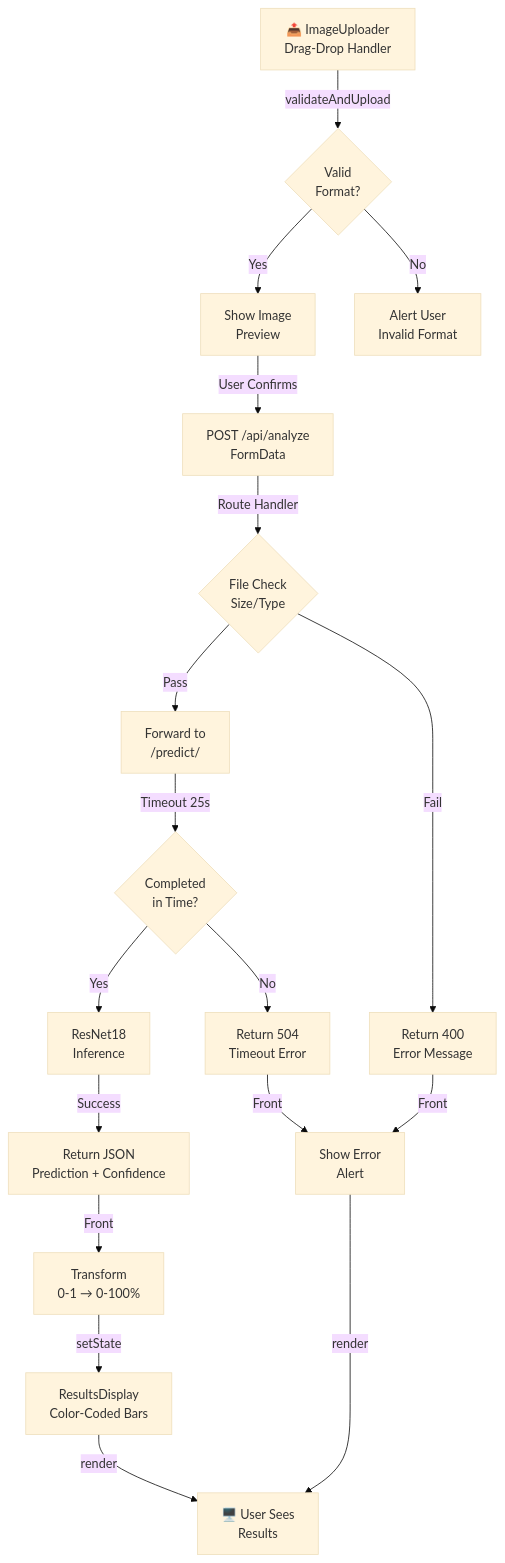
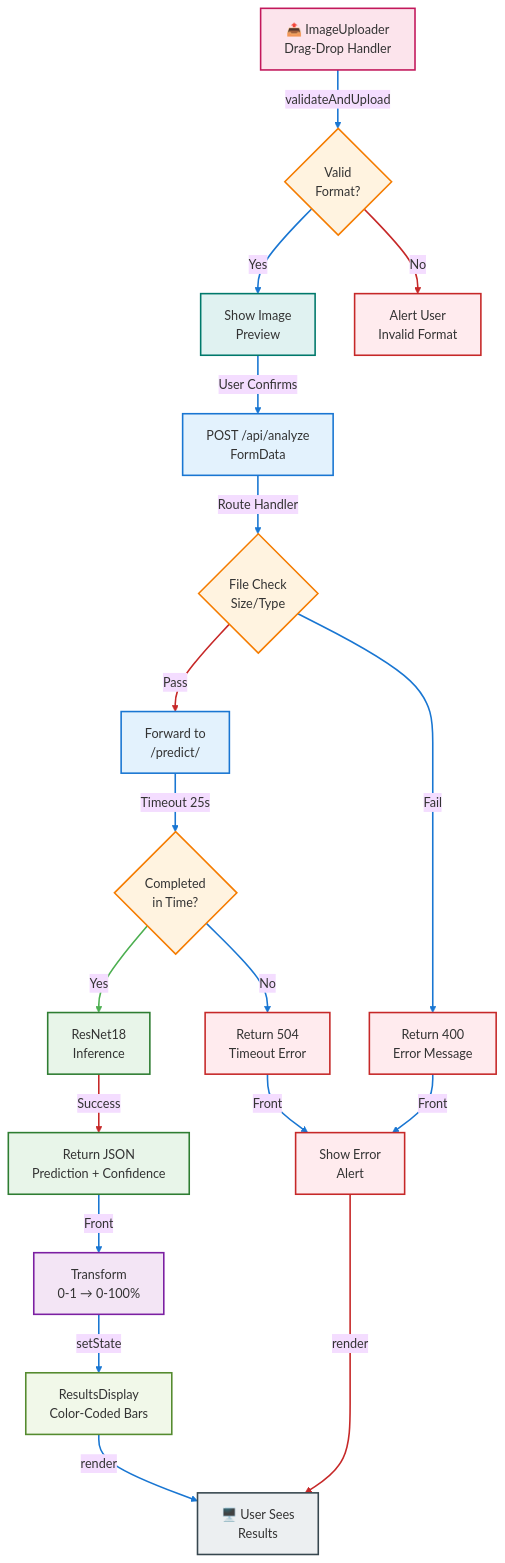
Before and after one commit to itssmdsh/MediScan: the fourth of 9 diagrams in DOCUMENTATION.md, drawn with Mermaid (base theme). The commit also changed other lines of this file, not shown here.

````diff
--- a/DOCUMENTATION.md
+++ b/DOCUMENTATION.md
@@ -265,28 +288,49 @@
 ```mermaid
 graph TD
     ImageUploader["📤 ImageUploader<br/>Drag-Drop Handler"]
     
     ImageUploader -->|validateAndUpload| LocalCheck{"Valid<br/>Format?"}
     LocalCheck -->|Yes| DisplayPreview["Show Image<br/>Preview"]
     LocalCheck -->|No| ShowAlert["Alert User<br/>Invalid Format"]
     
     DisplayPreview -->|User Confirms| APICall["POST /api/analyze<br/>FormData"]
     
     APICall -->|Route Handler| FileValidation{"File Check<br/>Size/Type"}
     FileValidation -->|Pass| ForwardAPI["Forward to<br/>/predict/"]
     FileValidation -->|Fail| Return400["Return 400<br/>Error Message"]
     
     ForwardAPI -->|Timeout 25s| TimeoutCheck{"Completed<br/>in Time?"}
     TimeoutCheck -->|Yes| Inference["ResNet18<br/>Inference"]
     TimeoutCheck -->|No| Return504["Return 504<br/>Timeout Error"]
     
     Inference -->|Success| ReturnJSON["Return JSON<br/>Prediction + Confidence"]
     
     ReturnJSON -->|Front| Transform["Transform<br/>0-1 → 0-100%"]
     Return400 -->|Front| ShowError["Show Error<br/>Alert"]
     Return504 -->|Front| ShowError
     
     Transform -->|setState| Display["ResultsDisplay<br/>Color-Coded Bars"]
     Display -->|render| Browser["🖥️ User Sees<br/>Results"]
     ShowError -->|render| Browser
+    
+    style ImageUploader fill:#fce4ec,stroke:#c2185b,stroke-width:2px
+    style LocalCheck fill:#fff3e0,stroke:#f57c00,stroke-width:2px
+    style FileValidation fill:#fff3e0,stroke:#f57c00,stroke-width:2px
+    style TimeoutCheck fill:#fff3e0,stroke:#f57c00,stroke-width:2px
+    style DisplayPreview fill:#e0f2f1,stroke:#00796b,stroke-width:2px
+    style ShowAlert fill:#ffebee,stroke:#c62828,stroke-width:2px
+    style APICall fill:#e3f2fd,stroke:#1976d2,stroke-width:2px
+    style ForwardAPI fill:#e3f2fd,stroke:#1976d2,stroke-width:2px
+    style Inference fill:#e8f5e9,stroke:#2e7d32,stroke-width:2px
+    style ReturnJSON fill:#e8f5e9,stroke:#2e7d32,stroke-width:2px
+    style Return400 fill:#ffebee,stroke:#c62828,stroke-width:2px
+    style Return504 fill:#ffebee,stroke:#c62828,stroke-width:2px
+    style Transform fill:#f3e5f5,stroke:#7b1fa2,stroke-width:2px
+    style Display fill:#f1f8e9,stroke:#558b2f,stroke-width:2px
+    style Browser fill:#eceff1,stroke:#37474f,stroke-width:2px
+    style ShowError fill:#ffebee,stroke:#c62828,stroke-width:2px
+    
+    linkStyle 0,1,2,3,4,5,6,7,8,9,10,11,12,13,14,15,16 stroke:#1976d2,stroke-width:2px
+    linkStyle 2,5,10,16 stroke:#c62828,stroke-width:2px
+    linkStyle 8 stroke:#4caf50,stroke-width:2px
 ```
````
